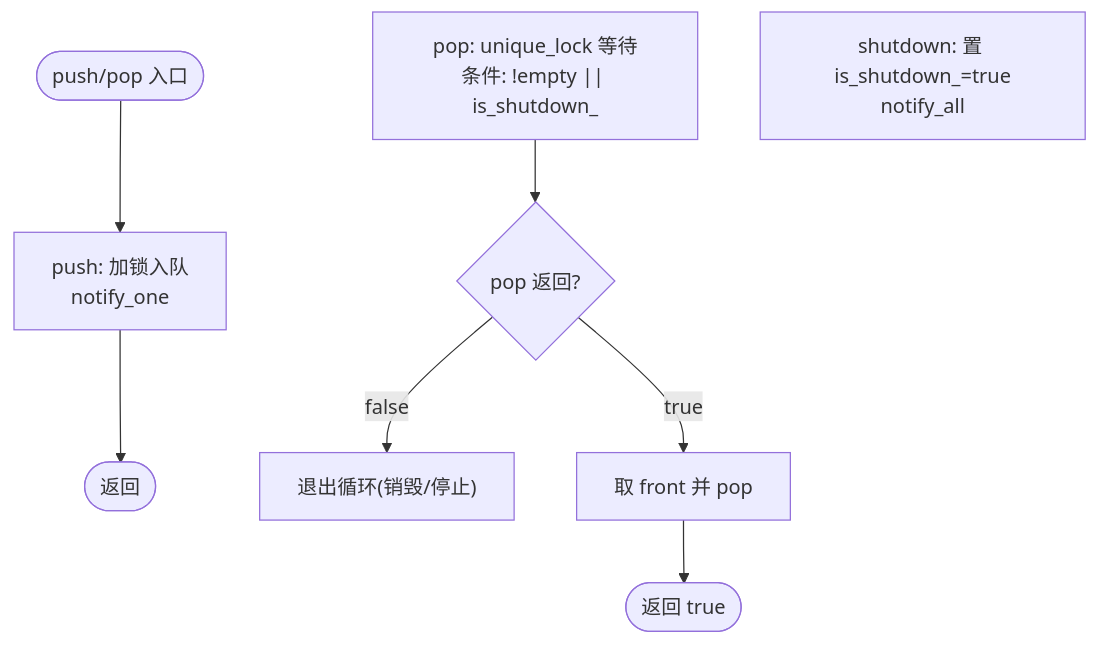
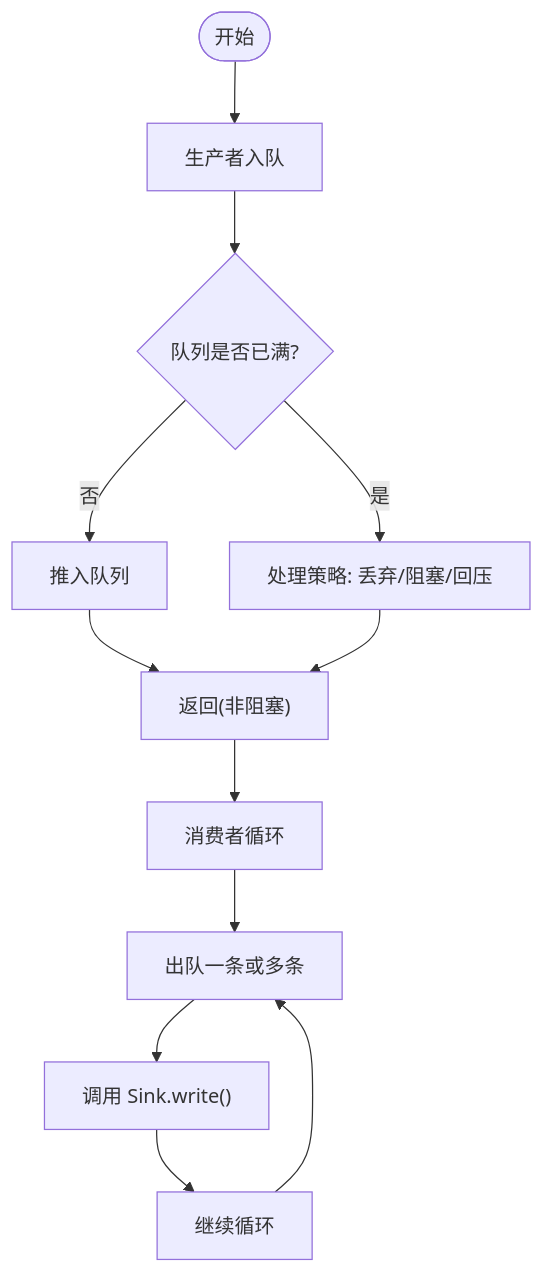
One commit to Lukad77/awr1843-radar-toolkit changed the fifth of 7 diagrams in .qoder/repowiki/zh/content/日志系统.md. Above: the diagram before and after it, drawn with Mermaid. The commit also changed other lines of this file and 106 other files, not shown here.

````diff
--- a/.qoder/repowiki/zh/content/日志系统.md
+++ b/.qoder/repowiki/zh/content/日志系统.md
@@ -180,12 +184,14 @@
 ```mermaid
 flowchart TD
-Start(["push/pop 入口"]) --> PushCheck["push: 加锁入队<br/>notify_one"]
-PopWait["pop: unique_lock 等待<br/>条件: !empty || is_shutdown_"]
-Shutdown["shutdown: 置 is_shutdown_=true<br/>notify_all"]
-EndPop{"pop 返回?"}
-PushCheck --> EndPush(["返回"])
-PopWait --> EndPop
-EndPop --> |false| Exit["退出循环(销毁/停止)"]
-EndPop --> |true| Take["取 front 并 pop"]
-Take --> ReturnTrue(["返回 true"])
+Start(["开始"]) --> Enqueue["生产者入队"]
+Enqueue --> CheckFull{"队列是否已满?"}
+CheckFull --> |是| HandleFull["处理策略: 丢弃/阻塞/回压"]
+CheckFull --> |否| Push["推入队列"]
+Push --> Return["返回(非阻塞)"]
+HandleFull --> Return
+Return --> ConsumerLoop["消费者循环"]
+ConsumerLoop --> Dequeue["出队一条或多条"]
+Dequeue --> Write["调用 Sink.write()"]
+Write --> Next["继续循环"]
+Next --> Dequeue
 ```
````
